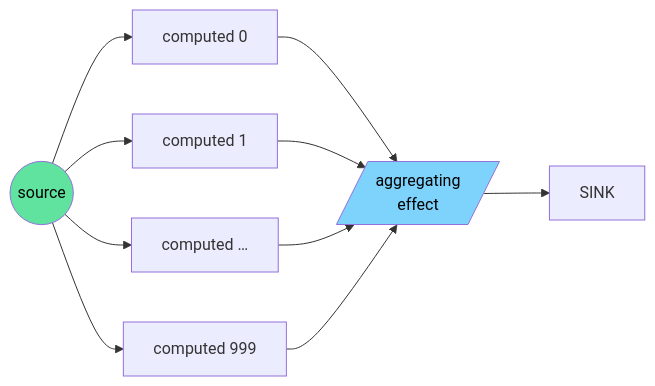
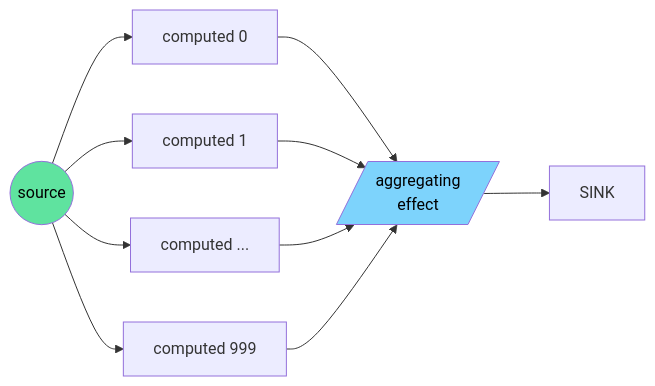
One commit to PeshoVurtoleta/lite-signal changed the fifth of 6 diagrams in bench/torture/README.md. Above: the diagram before and after it, drawn with Mermaid. The commit also changed other lines of this file and 11 other files, not shown here.

````diff
--- a/bench/torture/README.md
+++ b/bench/torture/README.md
@@ -198,16 +198,16 @@
 ```mermaid
 graph LR
     SRC((source))
     SRC --> C0[computed 0]
     SRC --> C1[computed 1]
-    SRC --> CDOTS[computed …]
+    SRC --> CDOTS[computed ...]
     SRC --> C999[computed 999]
     C0 --> AGG[/aggregating<br/>effect/]
     C1 --> AGG
     CDOTS --> AGG
     C999 --> AGG
     AGG --> SINK0["SINK"]
 
     style SRC fill:#5fe39f,color:#000
     style AGG fill:#7dd3fc,color:#000
 ```
````
